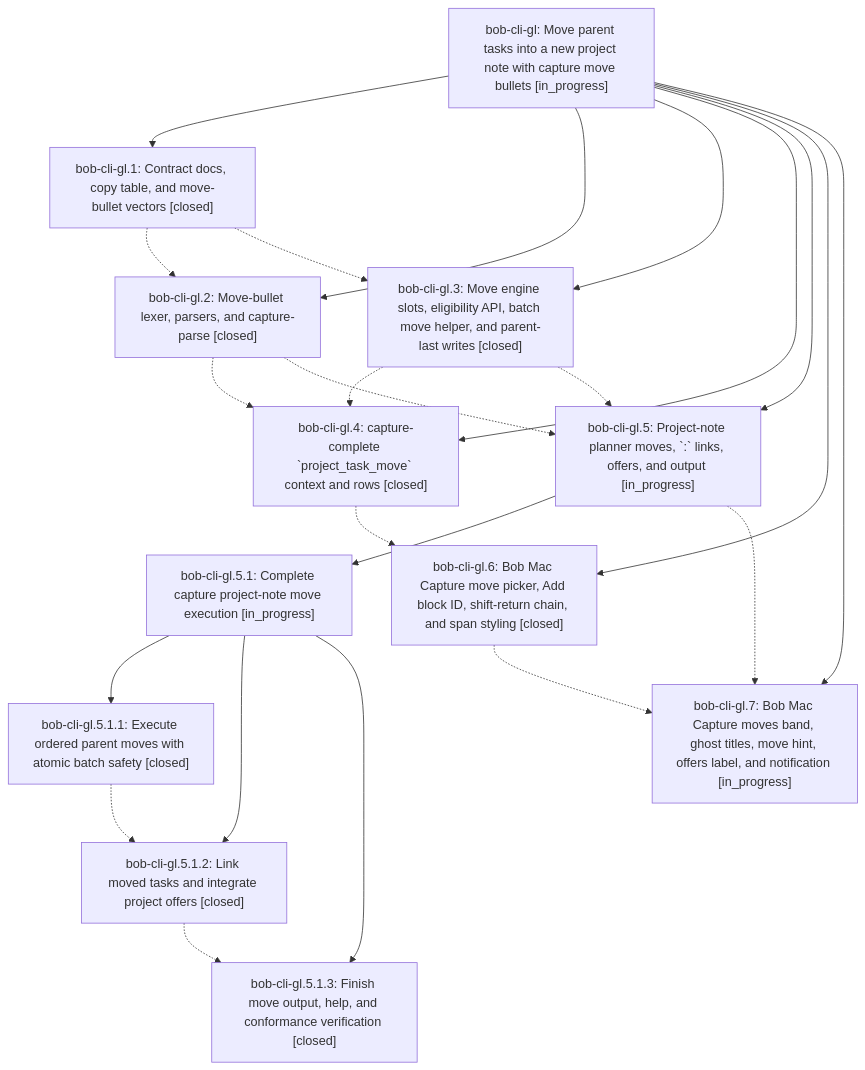
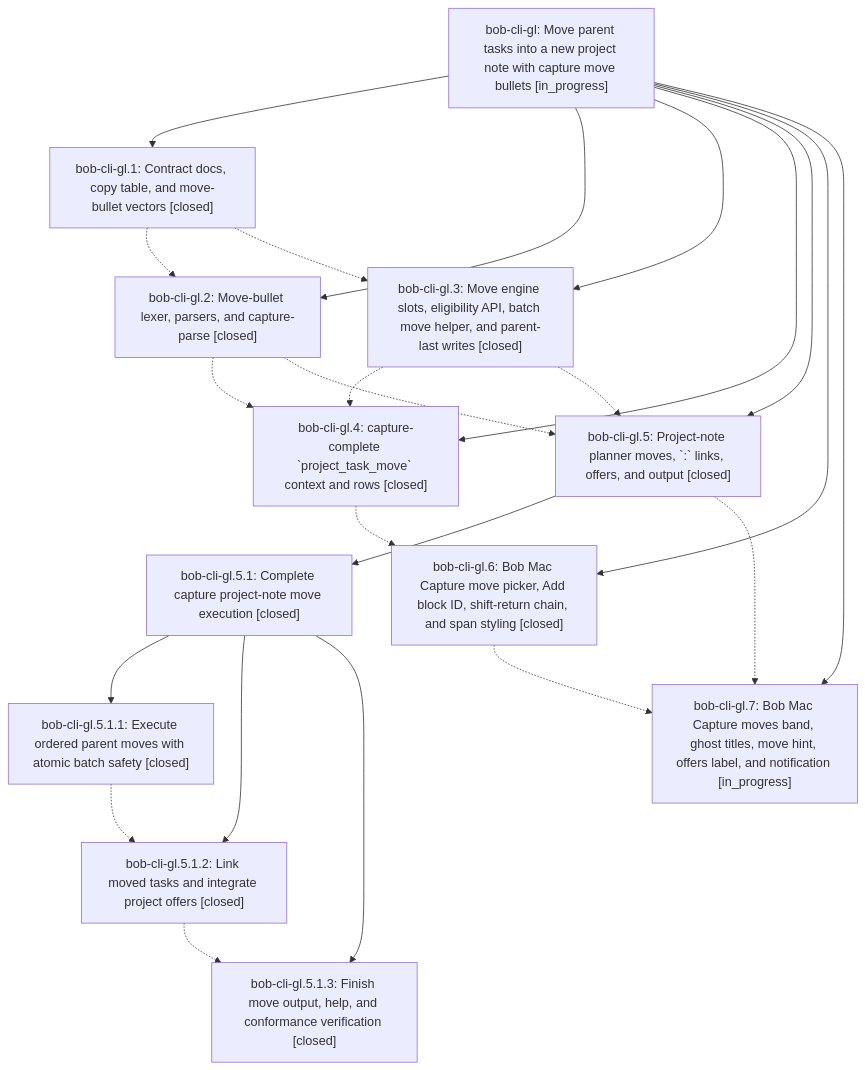
One commit to bobs-org/bob-cli--beads changed the diagram in pages/bob-cli-gl/README.md. Above: the diagram before and after it, drawn with Mermaid. The commit also changed other lines of this file and 6 other files, not shown here.

First line of the commit message:
chore(beads): sync bead state and pages for bob-cli-gl

````diff
--- a/pages/bob-cli-gl/README.md
+++ b/pages/bob-cli-gl/README.md
@@ -42,37 +42,37 @@
 ```mermaid
 flowchart TD
     n0["bob-cli-gl: Move parent tasks into a new project note with capture move bullets [in_progress]"]
     n1["bob-cli-gl.1: Contract docs, copy table, and move-bullet vectors [closed]"]
     n2["bob-cli-gl.2: Move-bullet lexer, parsers, and capture-parse [closed]"]
     n3["bob-cli-gl.3: Move engine slots, eligibility API, batch move helper, and parent-last writes [closed]"]
     n4["bob-cli-gl.4: capture-complete `project_task_move` context and rows [closed]"]
-    n5["bob-cli-gl.5: Project-note planner moves, `:` links, offers, and output [in_progress]"]
-    n6["bob-cli-gl.5.1: Complete capture project-note move execution [in_progress]"]
+    n5["bob-cli-gl.5: Project-note planner moves, `:` links, offers, and output [closed]"]
+    n6["bob-cli-gl.5.1: Complete capture project-note move execution [closed]"]
     n7["bob-cli-gl.5.1.1: Execute ordered parent moves with atomic batch safety [closed]"]
     n8["bob-cli-gl.5.1.2: Link moved tasks and integrate project offers [closed]"]
     n9["bob-cli-gl.5.1.3: Finish move output, help, and conformance verification [closed]"]
     n10["bob-cli-gl.6: Bob Mac Capture move picker, Add block ID, shift-return chain, and span styling [closed]"]
     n11["bob-cli-gl.7: Bob Mac Capture moves band, ghost titles, move hint, offers label, and notification [in_progress]"]
     n0 --> n1
     n0 --> n2
     n0 --> n3
     n0 --> n4
     n0 --> n5
     n5 --> n6
     n6 --> n7
     n6 --> n8
     n6 --> n9
     n0 --> n10
     n0 --> n11
     n1 -.-> n2
     n1 -.-> n3
     n2 -.-> n4
     n2 -.-> n5
     n3 -.-> n4
     n3 -.-> n5
     n4 -.-> n10
     n5 -.-> n11
     n7 -.-> n8
     n8 -.-> n9
     n10 -.-> n11
 ```
````
